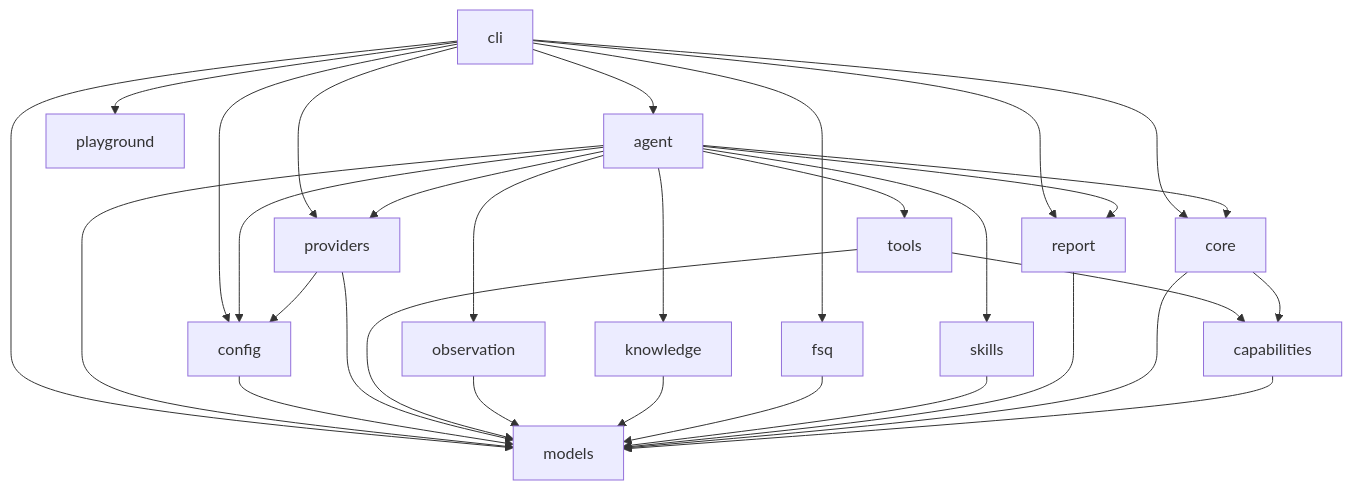
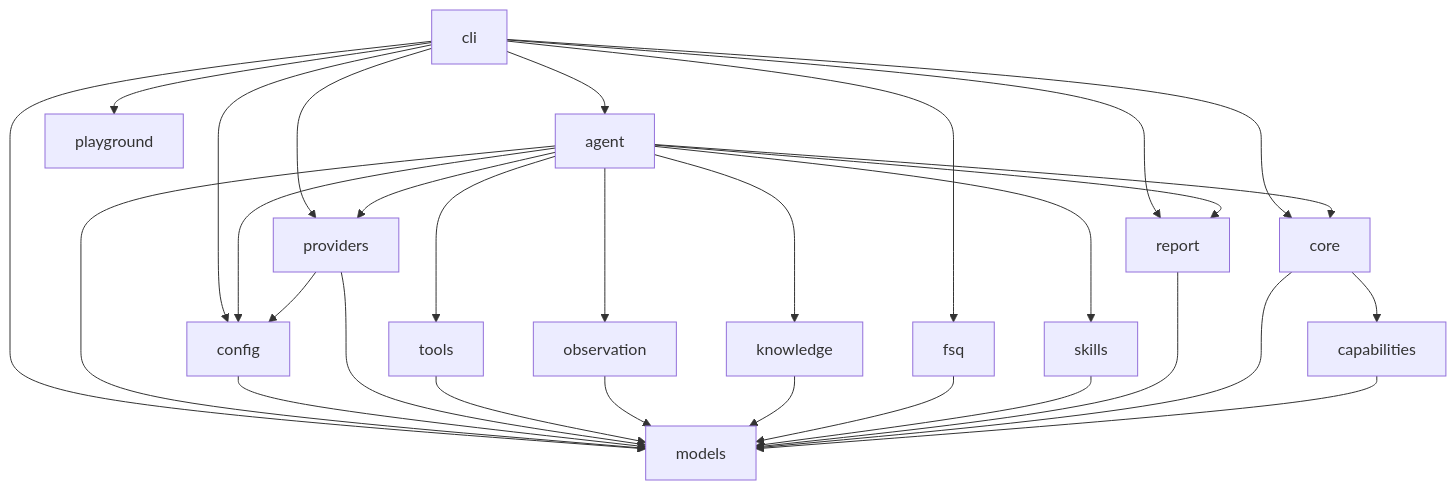
One commit to FSQ-lab/FSQ-Agent changed the diagram in SPEC.md. Above: the diagram before and after it, drawn with Mermaid. The commit also changed other lines of this file and 58 other files, not shown here.

````diff
--- a/SPEC.md
+++ b/SPEC.md
@@ -107,33 +113,32 @@
 ```mermaid
 flowchart TD
     CLI[cli] --> Agent[agent]
     CLI --> Core[core]
     CLI --> FSQ[fsq]
     CLI --> Config[config]
     CLI --> Providers[providers]
     CLI --> Models[models]
     CLI --> Report[report]
     CLI --> Playground[playground]
     Agent --> Core[core]
     Agent --> Config[config]
     Agent --> Providers[providers]
     Agent --> Models[models]
     Agent --> Tools[tools]
     Agent --> Observation[observation]
     Agent --> Knowledge[knowledge]
     Agent --> Skills[skills]
     Agent --> Report[report]
     Config --> Models
     Providers --> Config
     Providers --> Models
     Tools --> Models
     Observation --> Models
     Knowledge --> Models
     FSQ --> Models
     Skills --> Models
     Report --> Models
     Core --> Models
     Capabilities[capabilities] --> Models
-    Tools --> Capabilities
     Core --> Capabilities
 ```
````
